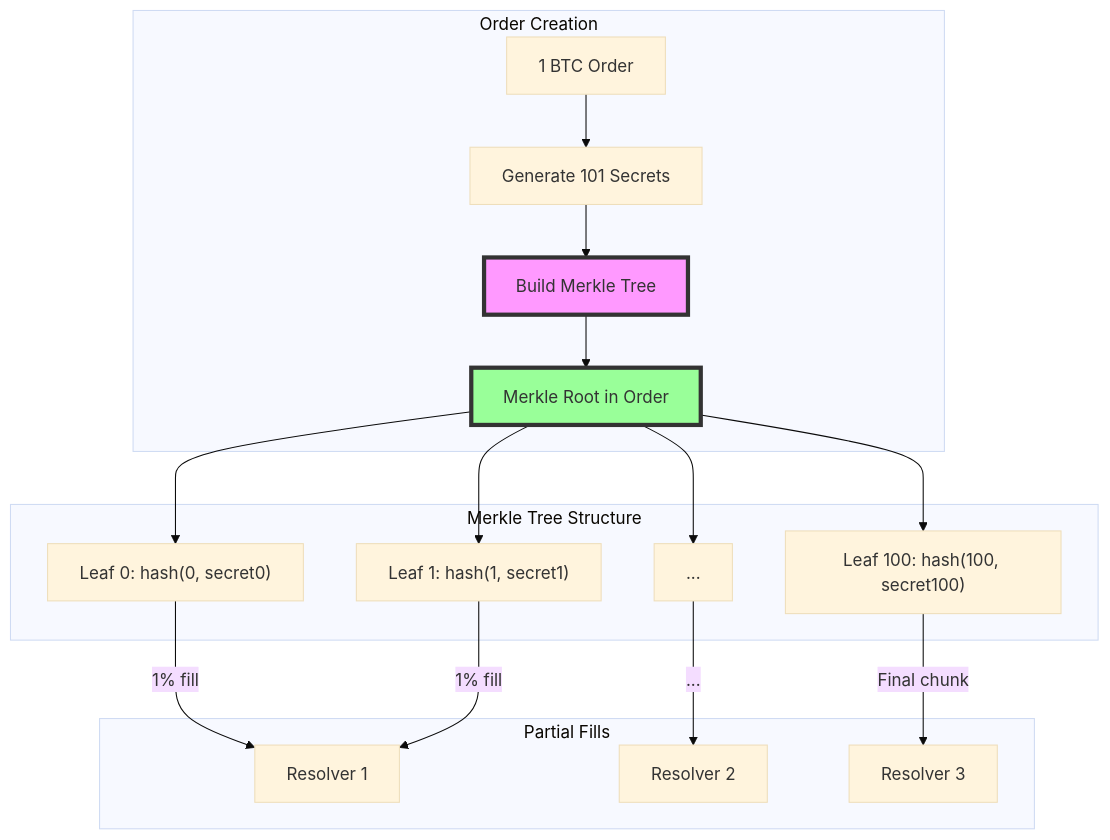
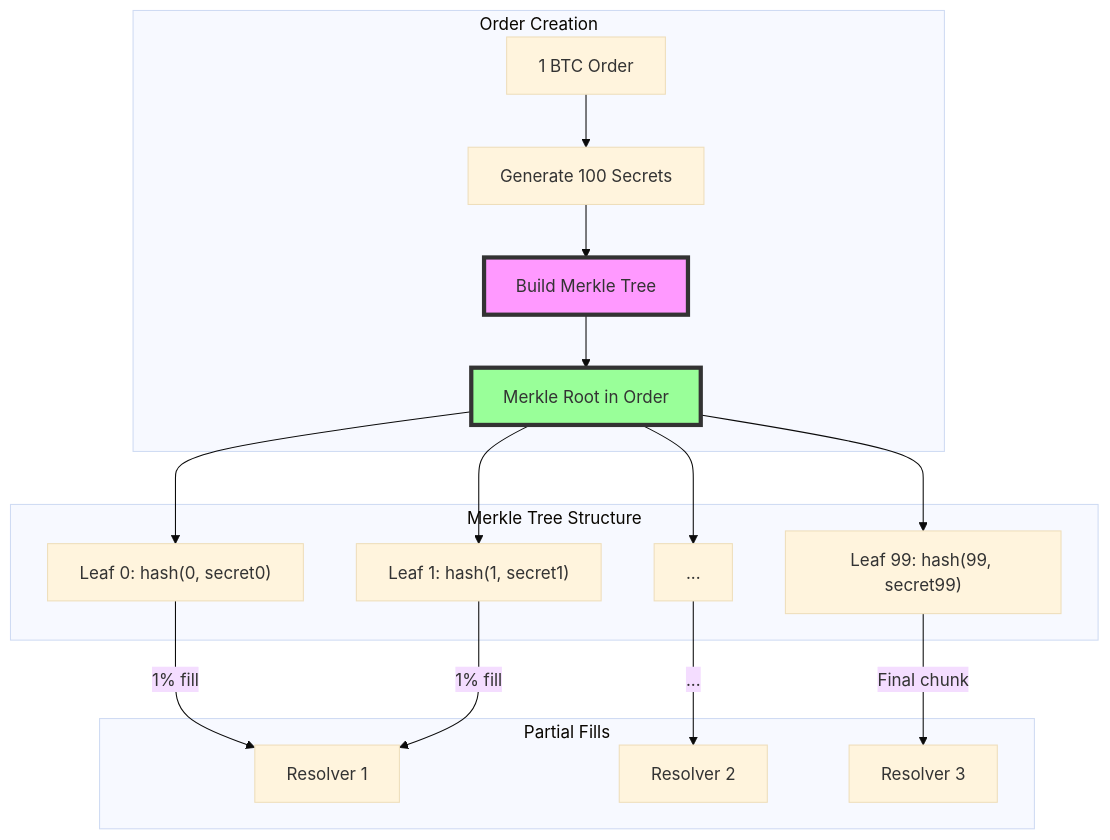
Before and after one commit to NuttakitDW/thunder-portal: the fifth of 5 diagrams in README.md, drawn with Mermaid (base theme). The commit also changed 12 other files, not shown here.

````diff
--- a/README.md
+++ b/README.md
@@ -241,25 +241,25 @@
 ```mermaid
 graph TB
     subgraph "Order Creation"
-        O[1 BTC Order] --> S[Generate 101 Secrets]
+        O[1 BTC Order] --> S[Generate 100 Secrets]
         S --> MT[Build Merkle Tree]
         MT --> MR[Merkle Root in Order]
     end
     
     subgraph "Merkle Tree Structure"
         MR --> L1["Leaf 0: hash(0, secret0)"]
         MR --> L2["Leaf 1: hash(1, secret1)"]
         MR --> L3["..."]
-        MR --> L100["Leaf 100: hash(100, secret100)"]
+        MR --> L100["Leaf 99: hash(99, secret99)"]
     end
     
     subgraph "Partial Fills"
         L1 -->|1% fill| R1[Resolver 1]
         L2 -->|1% fill| R1
         L3 -->|...| R2[Resolver 2]
         L100 -->|Final chunk| R3[Resolver 3]
     end
     
     style MT fill:#f9f,stroke:#333,stroke-width:4px
     style MR fill:#9f9,stroke:#333,stroke-width:4px
 ```
````
